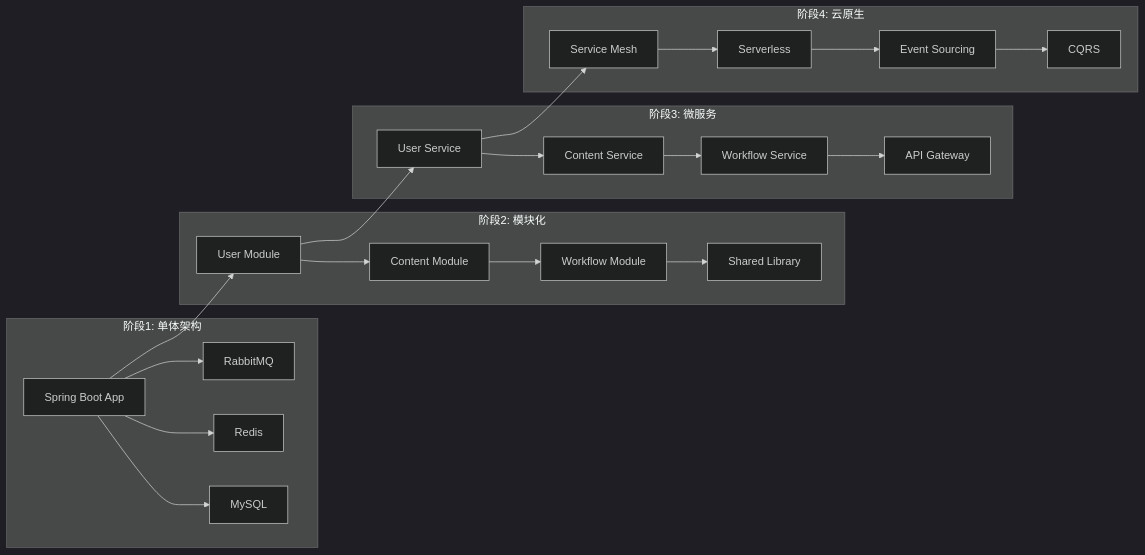
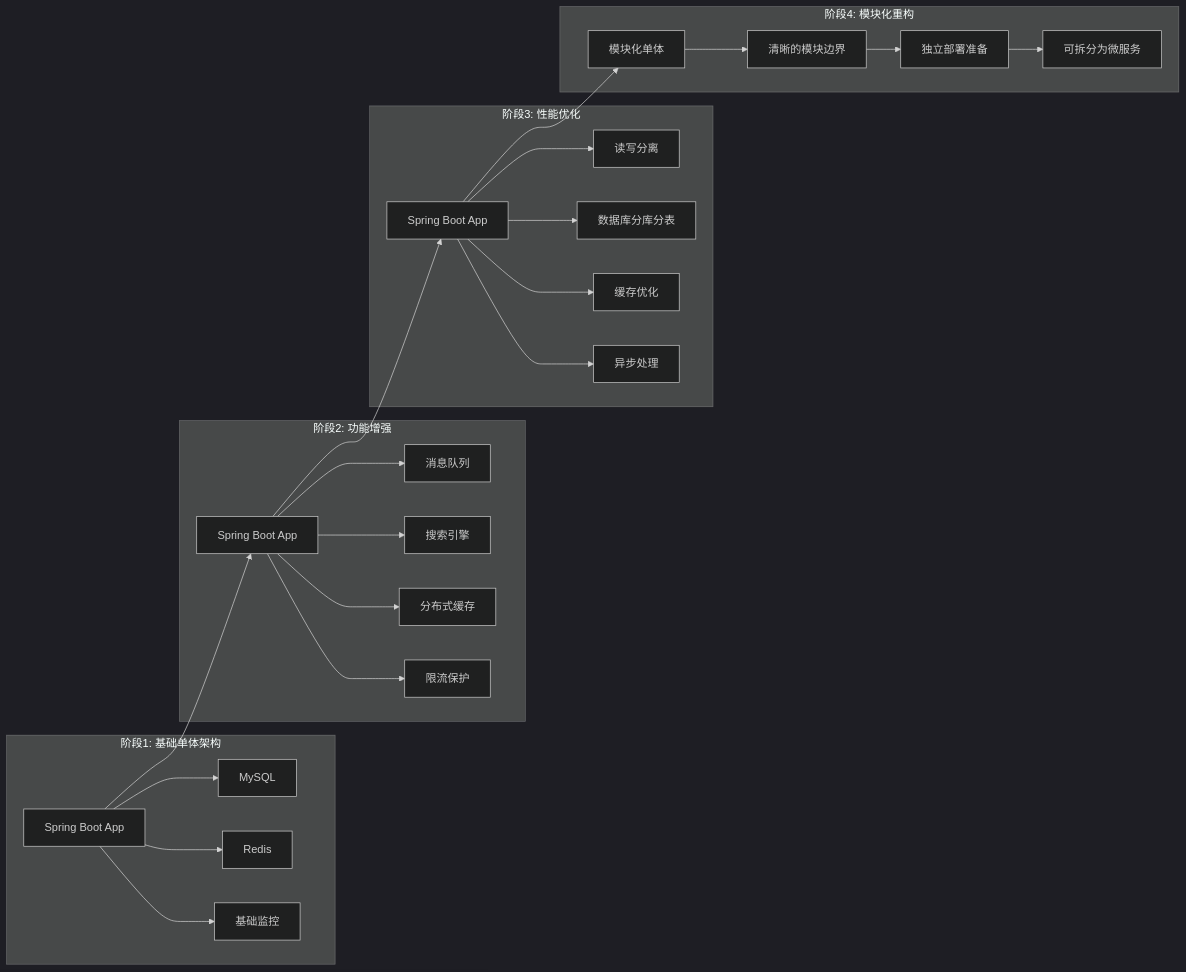
One commit to ylzyd12345/springboot-study changed the fifth of 5 diagrams in docs/01-规划设计层/04-技术架构设计.md. Above: the diagram before and after it, drawn with Mermaid (dark theme). The commit also changed other lines of this file and 75 other files, not shown here.

````diff
--- a/docs/01-规划设计层/04-技术架构设计.md
+++ b/docs/01-规划设计层/04-技术架构设计.md
@@ -832,30 +907,32 @@
 ```mermaid
 graph LR
-    subgraph "阶段1: 单体架构"
+    subgraph "阶段1: 基础单体架构"
         A1[Spring Boot App] --> A2[MySQL]
         A1 --> A3[Redis]
-        A1 --> A4[RabbitMQ]
+        A1 --> A4[基础监控]
     end
-    
-    subgraph "阶段2: 模块化"
-        B1[User Module] --> B2[Content Module]
-        B2 --> B3[Workflow Module]
-        B3 --> B4[Shared Library]
+
+    subgraph "阶段2: 功能增强"
+        B1[Spring Boot App] --> B2[消息队列]
+        B1 --> B3[搜索引擎]
+        B1 --> B4[分布式缓存]
+        B1 --> B5[限流保护]
     end
-    
-    subgraph "阶段3: 微服务"
-        C1[User Service] --> C2[Content Service]
-        C2 --> C3[Workflow Service]
-        C3 --> C4[API Gateway]
+
+    subgraph "阶段3: 性能优化"
+        C1[Spring Boot App] --> C2[读写分离]
+        C1 --> C3[数据库分库分表]
+        C1 --> C4[缓存优化]
+        C1 --> C5[异步处理]
     end
-    
-    subgraph "阶段4: 云原生"
-        D1[Service Mesh] --> D2[Serverless]
-        D2 --> D3[Event Sourcing]
-        D3 --> D4[CQRS]
+
+    subgraph "阶段4: 模块化重构"
+        D1[模块化单体] --> D2[清晰的模块边界]
+        D2 --> D3[独立部署准备]
+        D3 --> D4[可拆分为微服务]
     end
-    
+
     A1 --> B1
     B1 --> C1
     C1 --> D1
 ```
````
